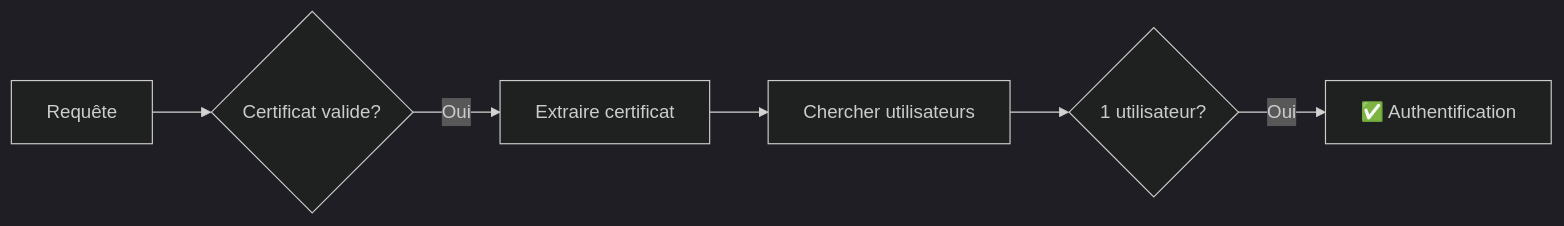
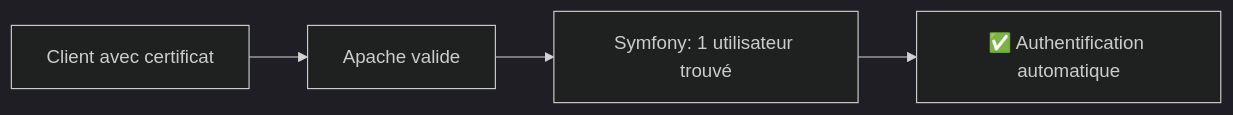
Before and after one commit to libriciel/s2low: the first of 3 diagrams in docs/AUTHENTICATION.md, drawn with Mermaid (dark theme). The commit also changed other lines of this file, not shown here.

````diff
--- a/docs/AUTHENTICATION.md
+++ b/docs/AUTHENTICATION.md
@@ -103,8 +238,6 @@
 ```mermaid
 graph LR
-    A[Requête] --> B{Certificat valide?}
-    B -->|Oui| C[Extraire certificat]
-    C --> D[Chercher utilisateurs]
-    D --> E{1 utilisateur?}
-    E -->|Oui| F[✅ Authentification]
+    A[Client avec certificat] --> B[Apache valide]
+    B --> C[Symfony: 1 utilisateur trouvé]
+    C --> D[✅ Authentification automatique]
 ```
````
